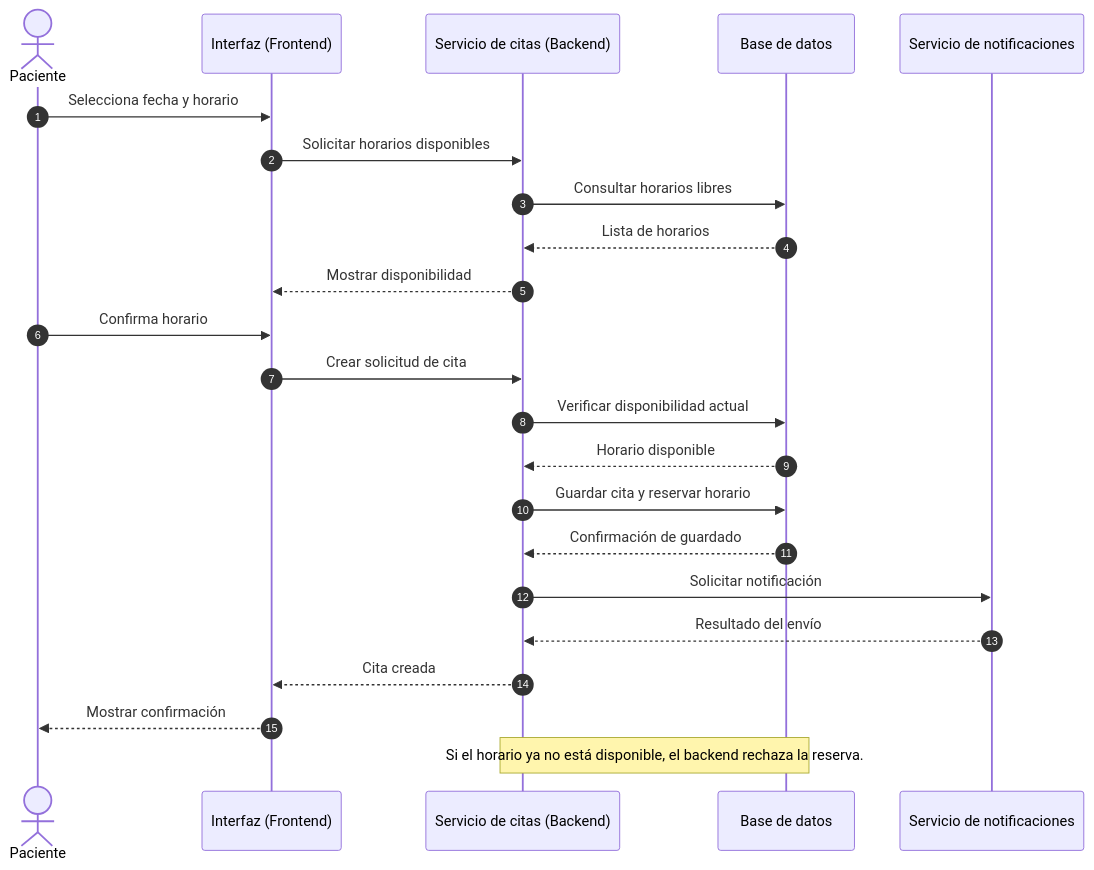
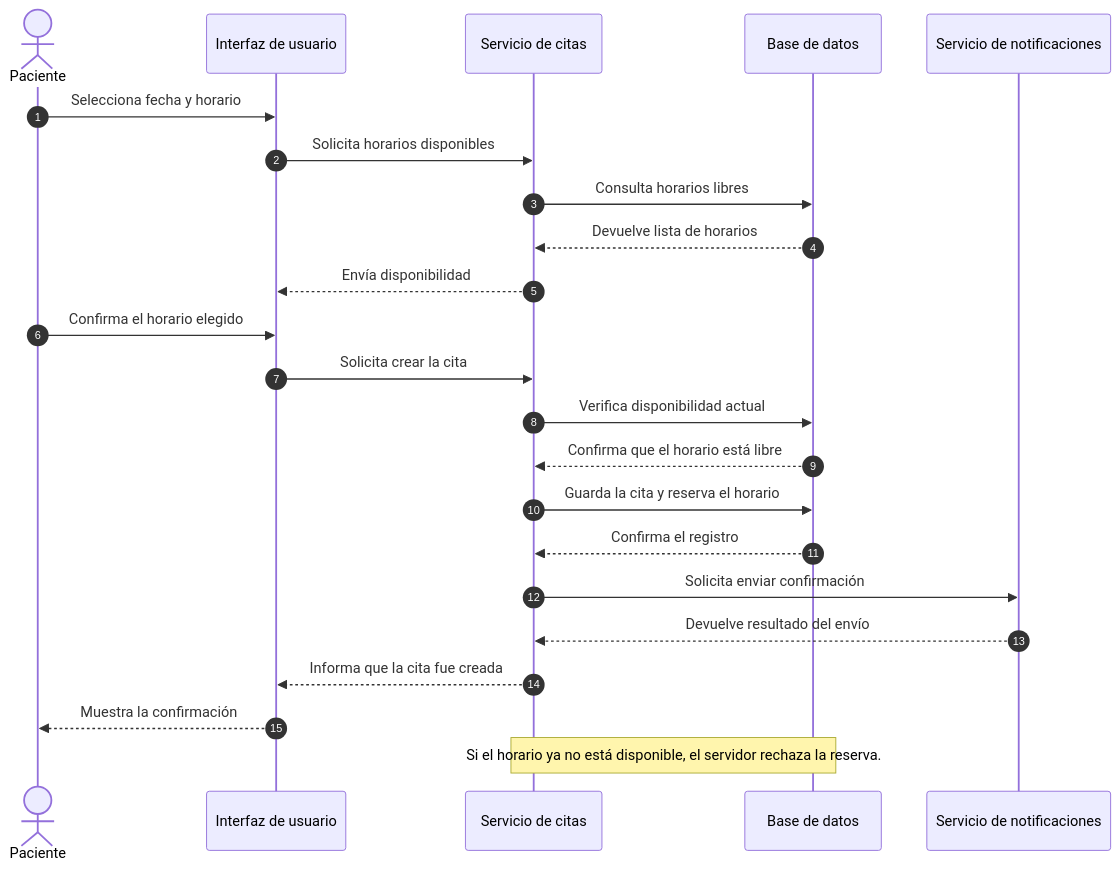
Before and after one commit to AlanRGG/sistema-citas-medicas: the third of 5 diagrams in docs/uml/DIAGRAMAS.md, drawn with Mermaid. The commit also changed other lines of this file, not shown here.

Commit message:
docs: traducir página de diagramas al español

````diff
--- a/docs/uml/DIAGRAMAS.md
+++ b/docs/uml/DIAGRAMAS.md
@@ -96,25 +102,26 @@
 ```mermaid
 sequenceDiagram
     autonumber
     actor Paciente
-    participant UI as Interfaz (Frontend)
-    participant API as Servicio de citas (Backend)
+    participant UI as Interfaz de usuario
+    participant API as Servicio de citas
     participant DB as Base de datos
     participant NOTI as Servicio de notificaciones
+
     Paciente->>UI: Selecciona fecha y horario
-    UI->>API: Solicitar horarios disponibles
-    API->>DB: Consultar horarios libres
-    DB-->>API: Lista de horarios
-    API-->>UI: Mostrar disponibilidad
-    Paciente->>UI: Confirma horario
-    UI->>API: Crear solicitud de cita
-    API->>DB: Verificar disponibilidad actual
-    DB-->>API: Horario disponible
-    API->>DB: Guardar cita y reservar horario
-    DB-->>API: Confirmación de guardado
-    API->>NOTI: Solicitar notificación
-    NOTI-->>API: Resultado del envío
-    API-->>UI: Cita creada
-    UI-->>Paciente: Mostrar confirmación
-    Note over API,DB: Si el horario ya no está disponible, el backend rechaza la reserva.
+    UI->>API: Solicita horarios disponibles
+    API->>DB: Consulta horarios libres
+    DB-->>API: Devuelve lista de horarios
+    API-->>UI: Envía disponibilidad
+    Paciente->>UI: Confirma el horario elegido
+    UI->>API: Solicita crear la cita
+    API->>DB: Verifica disponibilidad actual
+    DB-->>API: Confirma que el horario está libre
+    API->>DB: Guarda la cita y reserva el horario
+    DB-->>API: Confirma el registro
+    API->>NOTI: Solicita enviar confirmación
+    NOTI-->>API: Devuelve resultado del envío
+    API-->>UI: Informa que la cita fue creada
+    UI-->>Paciente: Muestra la confirmación
+    Note over API,DB: Si el horario ya no está disponible, el servidor rechaza la reserva.
 ```
````
